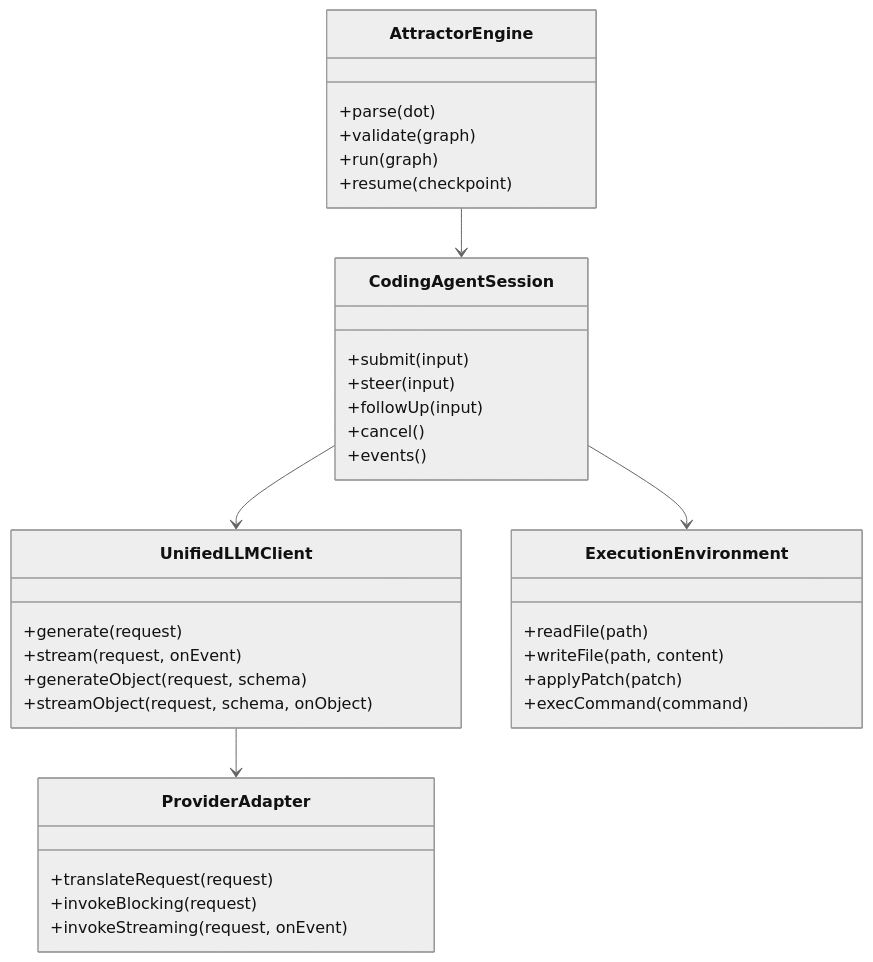
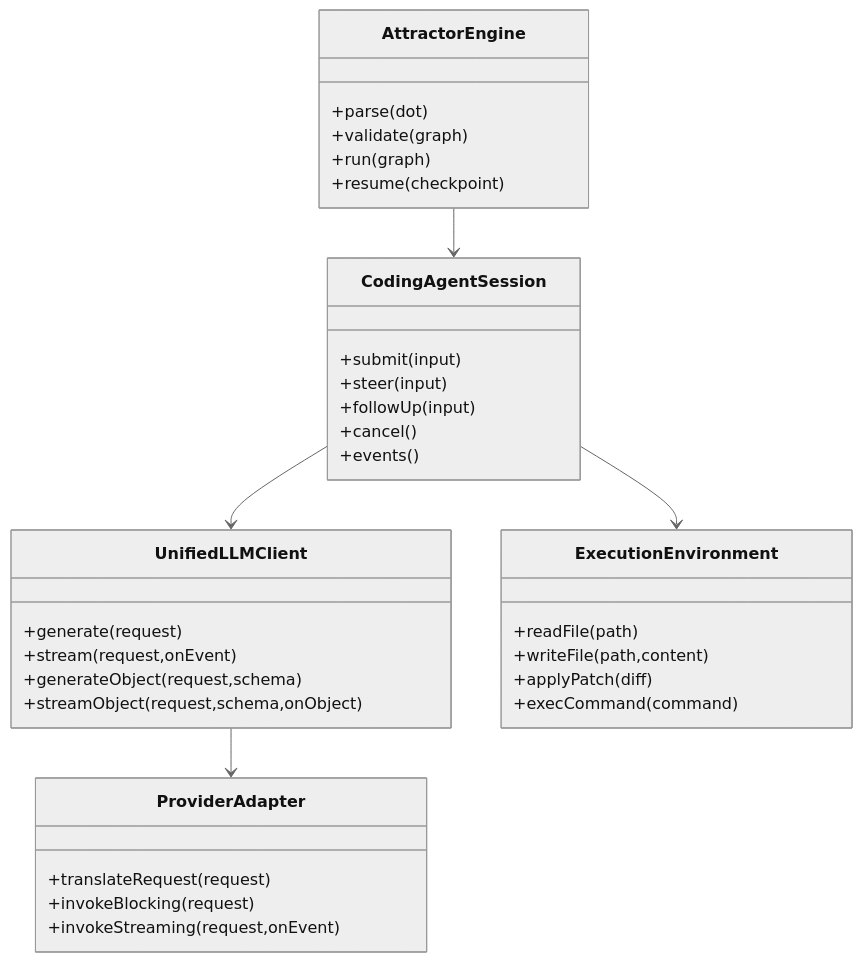
Before and after one commit to jaytaylor/attractor-tcl: the first of 5 diagrams in docs/sprints/SPRINT-003-comprehensive-implementation-plan.md, drawn with Mermaid (neutral theme). The commit also changed other lines of this file, not shown here.

````diff
--- a/docs/sprints/SPRINT-003-comprehensive-implementation-plan.md
+++ b/docs/sprints/SPRINT-003-comprehensive-implementation-plan.md
@@ -675,42 +1135,37 @@
 ```mermaid
 classDiagram
   class UnifiedLLMClient {
     +generate(request)
-    +stream(request, onEvent)
-    +generateObject(request, schema)
-    +streamObject(request, schema, onObject)
+    +stream(request,onEvent)
+    +generateObject(request,schema)
+    +streamObject(request,schema,onObject)
   }
-
   class ProviderAdapter {
     +translateRequest(request)
     +invokeBlocking(request)
-    +invokeStreaming(request, onEvent)
+    +invokeStreaming(request,onEvent)
   }
-
   class CodingAgentSession {
     +submit(input)
     +steer(input)
     +followUp(input)
     +cancel()
     +events()
   }
-
   class ExecutionEnvironment {
     +readFile(path)
-    +writeFile(path, content)
-    +applyPatch(patch)
+    +writeFile(path,content)
+    +applyPatch(diff)
     +execCommand(command)
   }
-
   class AttractorEngine {
     +parse(dot)
     +validate(graph)
     +run(graph)
     +resume(checkpoint)
   }
-
   UnifiedLLMClient --> ProviderAdapter
   CodingAgentSession --> UnifiedLLMClient
   CodingAgentSession --> ExecutionEnvironment
   AttractorEngine --> CodingAgentSession
 ```
````
